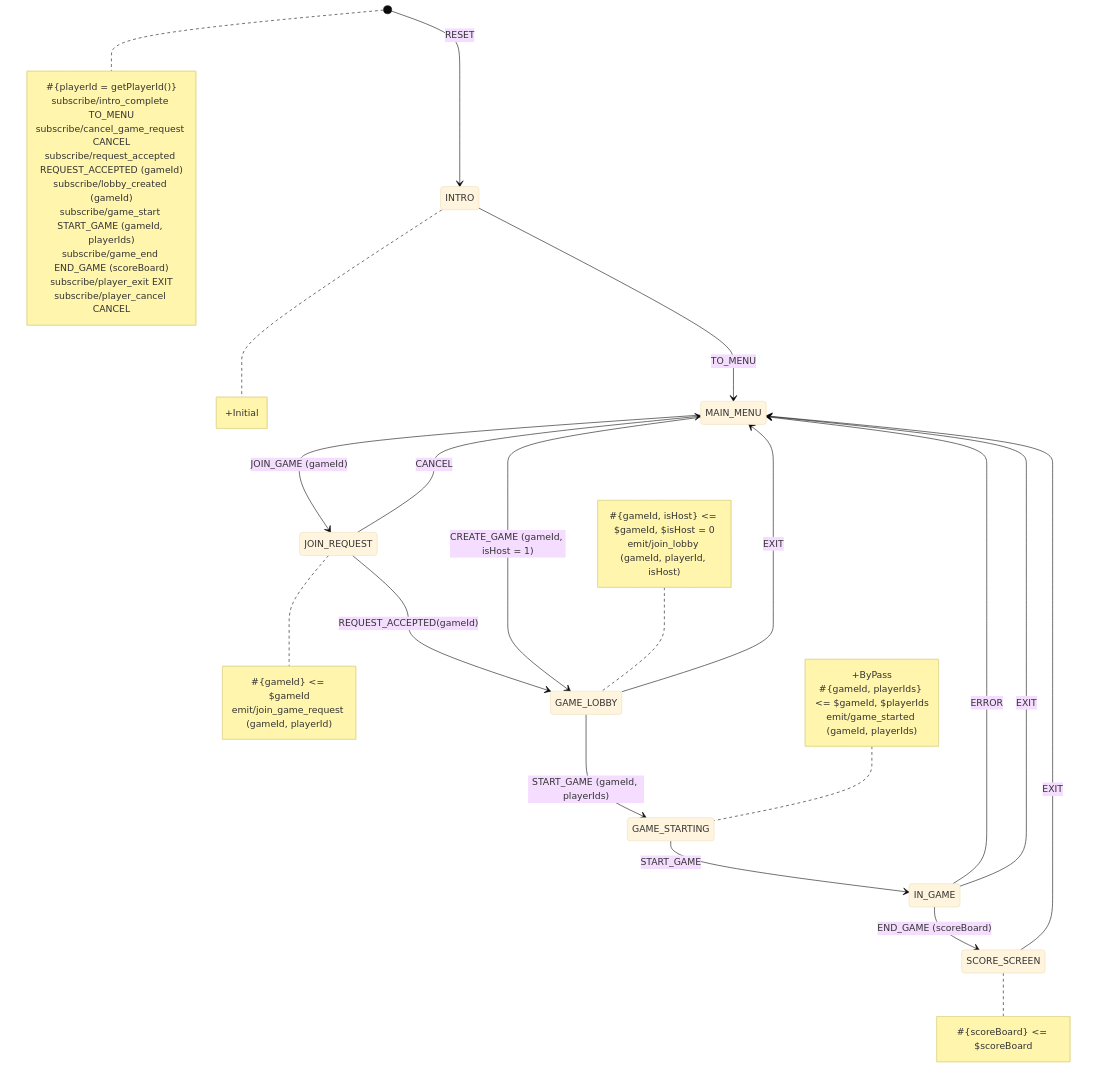
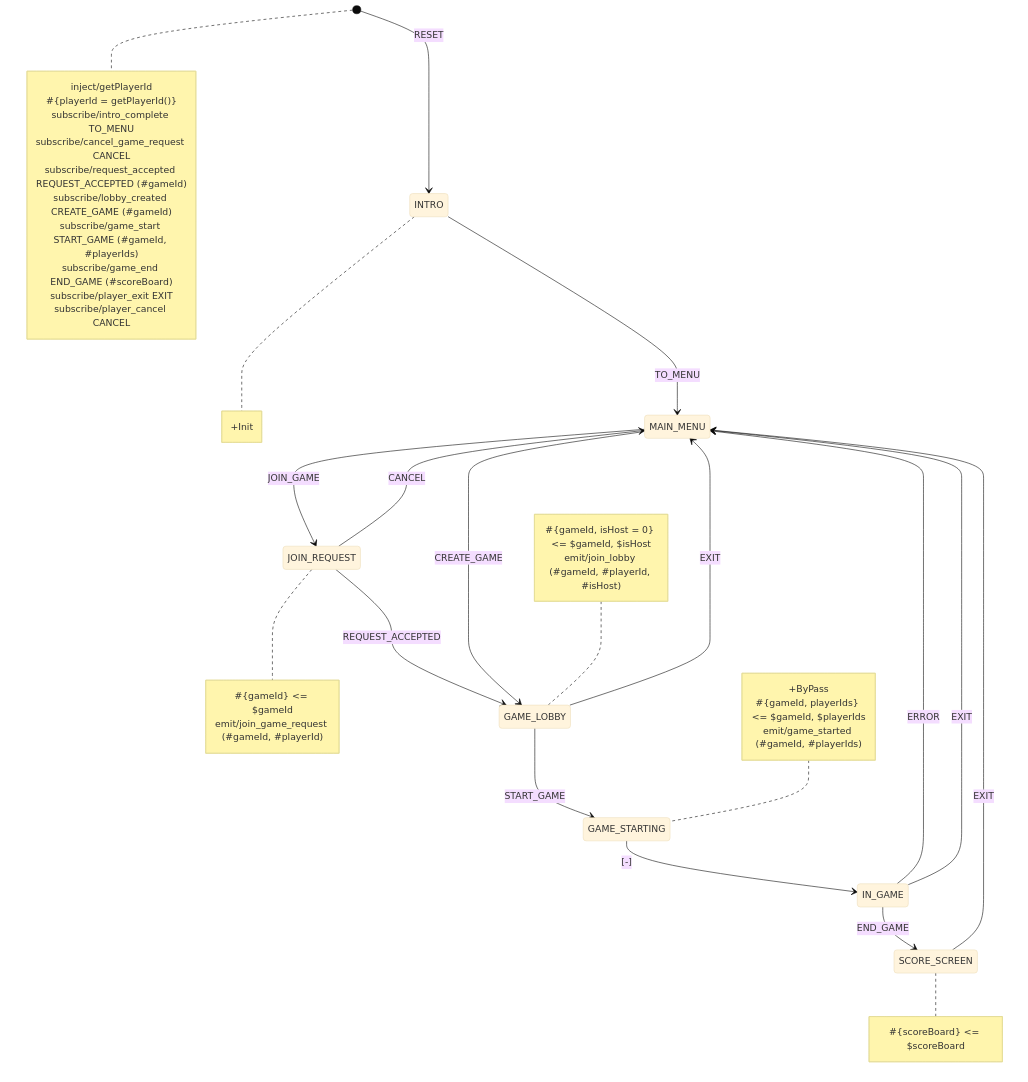
Before and after one commit to tfcp68/battle-farm: the first of 12 diagrams in docs/diagrams.md, drawn with Mermaid (base theme). The commit also changed other lines of this file and 28 other files, not shown here.

Commit message:
extract mermaid diagrams, add script gen

````diff
--- a/docs/diagrams.md
+++ b/docs/diagrams.md
@@ -26,50 +26,53 @@
 ```mermaid
 stateDiagram-v2
     [*] --> INTRO: RESET
     INTRO --> MAIN_MENU: TO_MENU
     GAME_LOBBY --> MAIN_MENU: EXIT
-    MAIN_MENU --> JOIN_REQUEST: JOIN_GAME (gameId)
+    MAIN_MENU --> JOIN_REQUEST: JOIN_GAME
     JOIN_REQUEST --> MAIN_MENU: CANCEL
-    JOIN_REQUEST --> GAME_LOBBY: REQUEST_ACCEPTED(gameId)
-    MAIN_MENU --> GAME_LOBBY: CREATE_GAME (gameId, isHost = 1)  
-    GAME_LOBBY --> GAME_STARTING: START_GAME (gameId, playerIds)
-    GAME_STARTING --> IN_GAME: START_GAME    
-    IN_GAME --> SCORE_SCREEN: END_GAME (scoreBoard)
+    JOIN_REQUEST --> GAME_LOBBY: REQUEST_ACCEPTED
+    MAIN_MENU --> GAME_LOBBY: CREATE_GAME
+    GAME_LOBBY --> GAME_STARTING: START_GAME
+    GAME_STARTING --> IN_GAME: [-]
+    IN_GAME --> SCORE_SCREEN: END_GAME
     IN_GAME --> MAIN_MENU: ERROR
     IN_GAME --> MAIN_MENU: EXIT
     SCORE_SCREEN --> MAIN_MENU: EXIT
 
 note right of [*]
+inject/getPlayerId
 #{playerId = getPlayerId()}
 subscribe/intro_complete TO_MENU
 subscribe/cancel_game_request CANCEL
-subscribe/request_accepted REQUEST_ACCEPTED (gameId)
-subscribe/lobby_created (gameId)
-subscribe/game_start START_GAME (gameId, playerIds)
-subscribe/game_end END_GAME (scoreBoard)
+subscribe/request_accepted REQUEST_ACCEPTED (#gameId)
+subscribe/lobby_created CREATE_GAME (#gameId)
+subscribe/game_start START_GAME (#gameId, #playerIds)
+subscribe/game_end END_GAME (#scoreBoard)
 subscribe/player_exit EXIT
 subscribe/player_cancel CANCEL
-end note 
+end note
 
 note right of INTRO
-+Initial
++Init
 end note
 
 note left of GAME_LOBBY
-#{gameId, isHost} <= $gameId, $isHost = 0
-emit/join_lobby (gameId, playerId, isHost)
-end note 
+#{gameId, isHost = 0} <= $gameId, $isHost
+emit/join_lobby (#gameId, #playerId, #isHost)
+end note
 
 note right of JOIN_REQUEST
 #{gameId} <= $gameId
-emit/join_game_request (gameId, playerId)
+emit/join_game_request (#gameId, #playerId)
 end note
+
 note left of GAME_STARTING
 +ByPass
 #{gameId, playerIds} <= $gameId, $playerIds
-emit/game_started (gameId, playerIds)
+emit/game_started (#gameId, #playerIds)
 end note
+
 note right of SCORE_SCREEN
 #{scoreBoard} <= $scoreBoard
 end note
 ```
````
